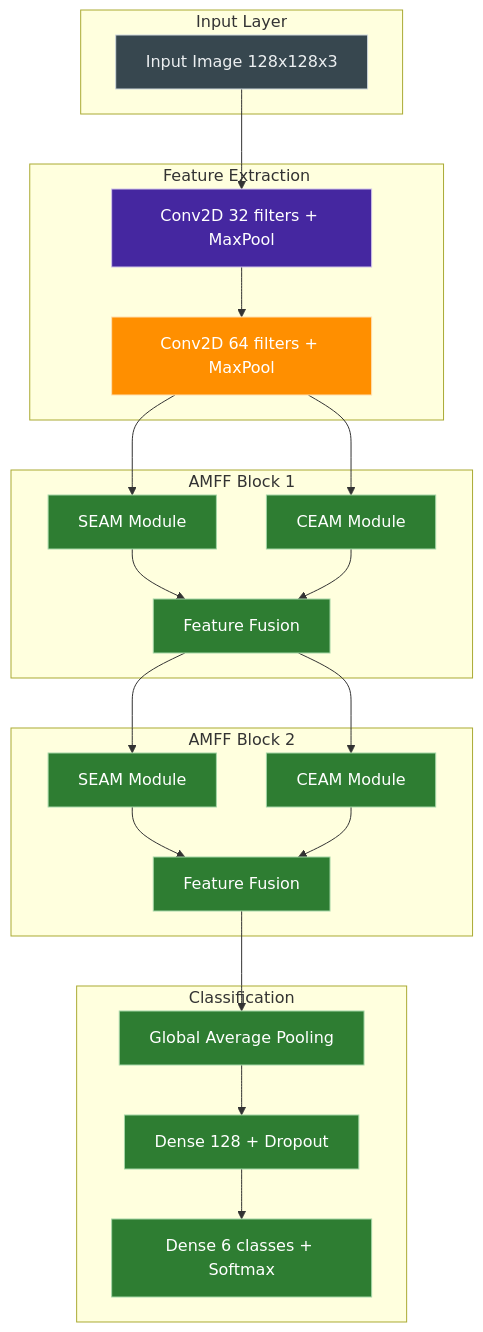
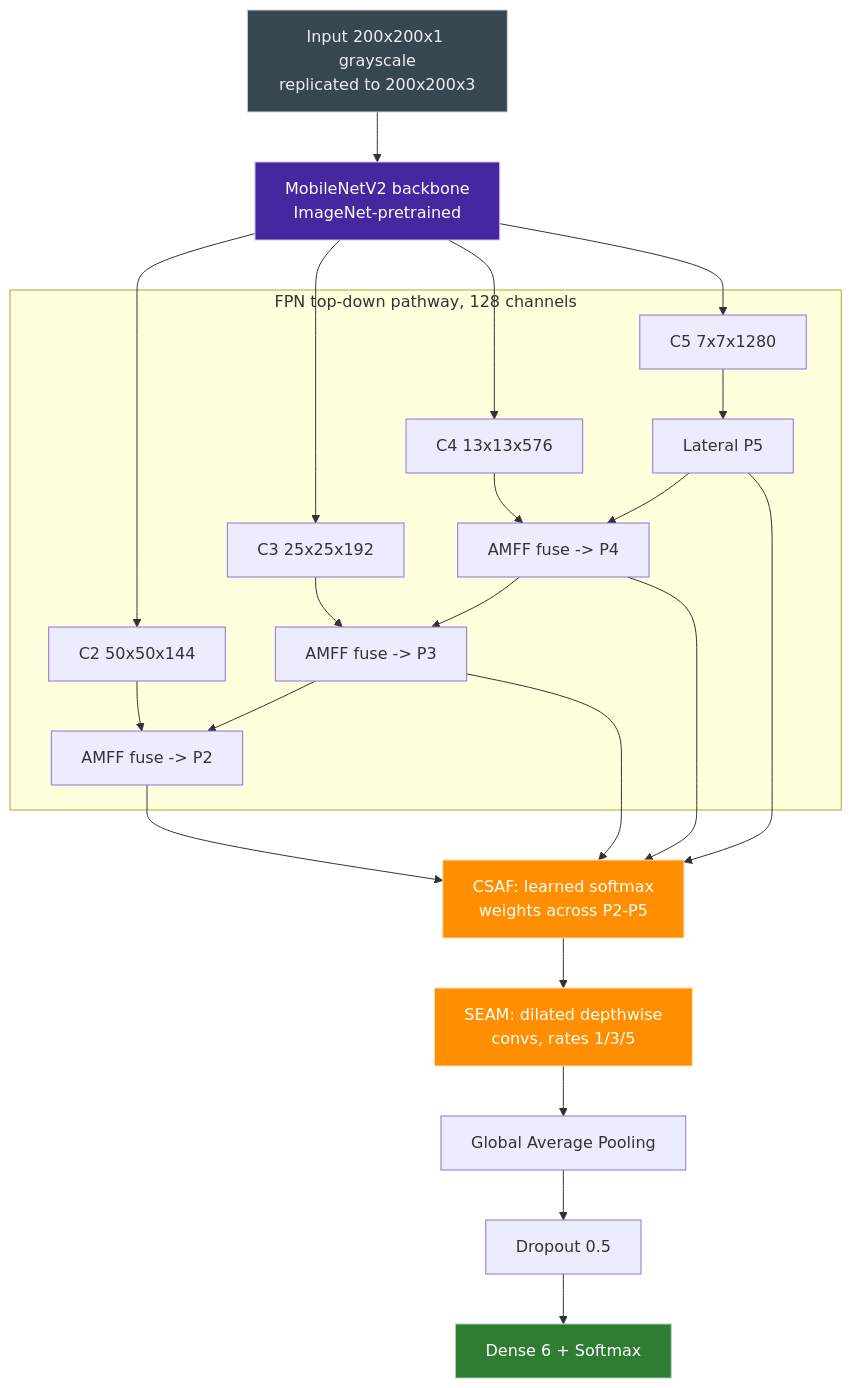
Before and after one commit to RiteshKumar2e/Steel_Surface_Defect_NEU_DET-DATASET: the first of 2 diagrams in README.md, drawn with Mermaid. The commit also changed other lines of this file, not shown here.

Commit message:
Update README.md: streamline content, add SteelSense-BiLSTM section, and enhance defect classification details

````diff
--- a/README.md
+++ b/README.md
@@ -114,58 +71,32 @@
 ```mermaid
 flowchart TB
-    subgraph "Input Layer"
-        A[Input Image 128x128x3]
+    A[Input 200x200x1 grayscale<br/>replicated to 200x200x3] --> B[MobileNetV2 backbone<br/>ImageNet-pretrained]
+    B --> C2[C2 50x50x144]
+    B --> C3[C3 25x25x192]
+    B --> C4[C4 13x13x576]
+    B --> C5[C5 7x7x1280]
+
+    subgraph FPN["FPN top-down pathway, 128 channels"]
+        C2 --> P2fuse[AMFF fuse -> P2]
+        C3 --> P3fuse[AMFF fuse -> P3]
+        C4 --> P4fuse[AMFF fuse -> P4]
+        C5 --> P5[Lateral P5]
+        P5 --> P4fuse --> P3fuse --> P2fuse
     end
-    
-    subgraph "Feature Extraction"
-        B[Conv2D 32 filters + MaxPool]
-        C[Conv2D 64 filters + MaxPool]
-    end
-    
-    subgraph "AMFF Block 1"
-        D[SEAM Module]
-        E[CEAM Module]
-        F[Feature Fusion]
-    end
-    
-    subgraph "AMFF Block 2"
-        G[SEAM Module]
-        H[CEAM Module]
-        I[Feature Fusion]
-    end
-    
-    subgraph "Classification"
-        J[Global Average Pooling]
-        K[Dense 128 + Dropout]
-        L[Dense 6 classes + Softmax]
-    end
-    
-    A --> B
-    B --> C
-    C --> D
-    C --> E
-    D --> F
-    E --> F
-    F --> G
-    F --> H
-    G --> I
-    H --> I
-    I --> J
-    J --> K
-    K --> L
-    
-%% Dark-themed Mermaid node styles
+
+    P2fuse --> CSAF[CSAF: learned softmax<br/>weights across P2-P5]
+    P3fuse --> CSAF
+    P4fuse --> CSAF
+    P5 --> CSAF
+
+    CSAF --> SEAM[SEAM: dilated depthwise<br/>convs, rates 1/3/5]
+    SEAM --> GAP[Global Average Pooling]
+    GAP --> DROP[Dropout 0.5]
+    DROP --> OUT[Dense 6 + Softmax]
+
 style A fill:#37474f,stroke:#cfd8dc,color:#eceff1
 style B fill:#4527a0,stroke:#d1c4e9,color:#ffffff
-style C fill:#ff8f00,stroke:#ffe0b2,color:#ffffff
-style D fill:#2e7d32,stroke:#a5d6a7,color:#ffffff
-style E fill:#2e7d32,stroke:#a5d6a7,color:#ffffff
-style F fill:#2e7d32,stroke:#a5d6a7,color:#ffffff
-style G fill:#2e7d32,stroke:#a5d6a7,color:#ffffff
-style H fill:#2e7d32,stroke:#a5d6a7,color:#ffffff
-style I fill:#2e7d32,stroke:#a5d6a7,color:#ffffff
-style J fill:#2e7d32,stroke:#a5d6a7,color:#ffffff
-style K fill:#2e7d32,stroke:#a5d6a7,color:#ffffff
-style L fill:#2e7d32,stroke:#a5d6a7,color:#ffffff
-
+style CSAF fill:#ff8f00,stroke:#ffe0b2,color:#ffffff
+style SEAM fill:#ff8f00,stroke:#ffe0b2,color:#ffffff
+style OUT fill:#2e7d32,stroke:#a5d6a7,color:#ffffff
 ```
````
